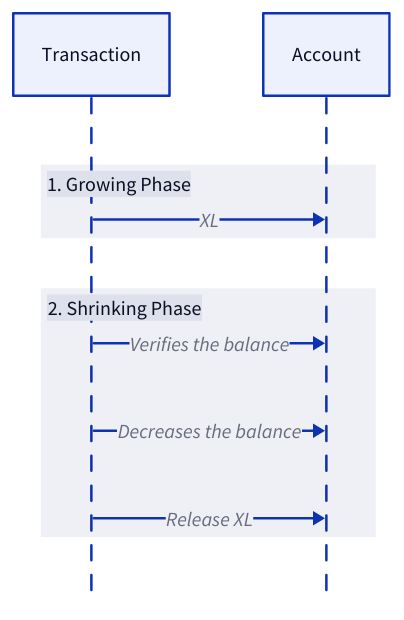
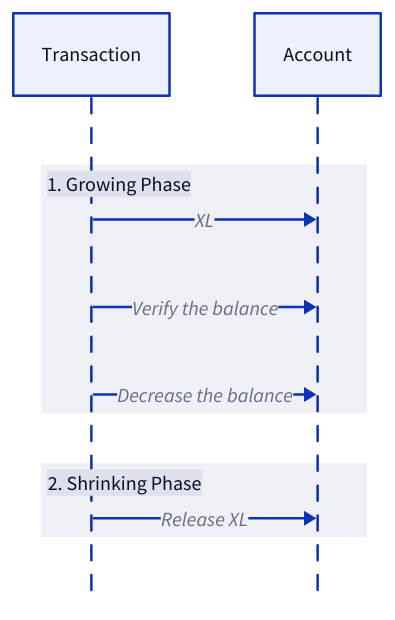
Before and after one commit to link1905/system-design-101: diagram 18 of 23 in content/data-persistence/sql-database/concurrency-control.md, drawn with D2. The commit also changed other lines of this file and 13 other files, not shown here.

````diff
--- a/content/data-persistence/sql-database/concurrency-control.md
+++ b/content/data-persistence/sql-database/concurrency-control.md
@@ -827,13 +754,13 @@
 ```d2
 shape: sequence_diagram
 t: Transaction
 a: Account
 "1. Growing Phase": {
    t -> a: XL
+   t -> a: Verify the balance
+   t -> a: Decrease the balance
 }
 "2. Shrinking Phase": {
-   t -> a: Verifies the balance
-   t -> a: Decreases the balance
    t -> a: Release XL
 }
 ```
````
